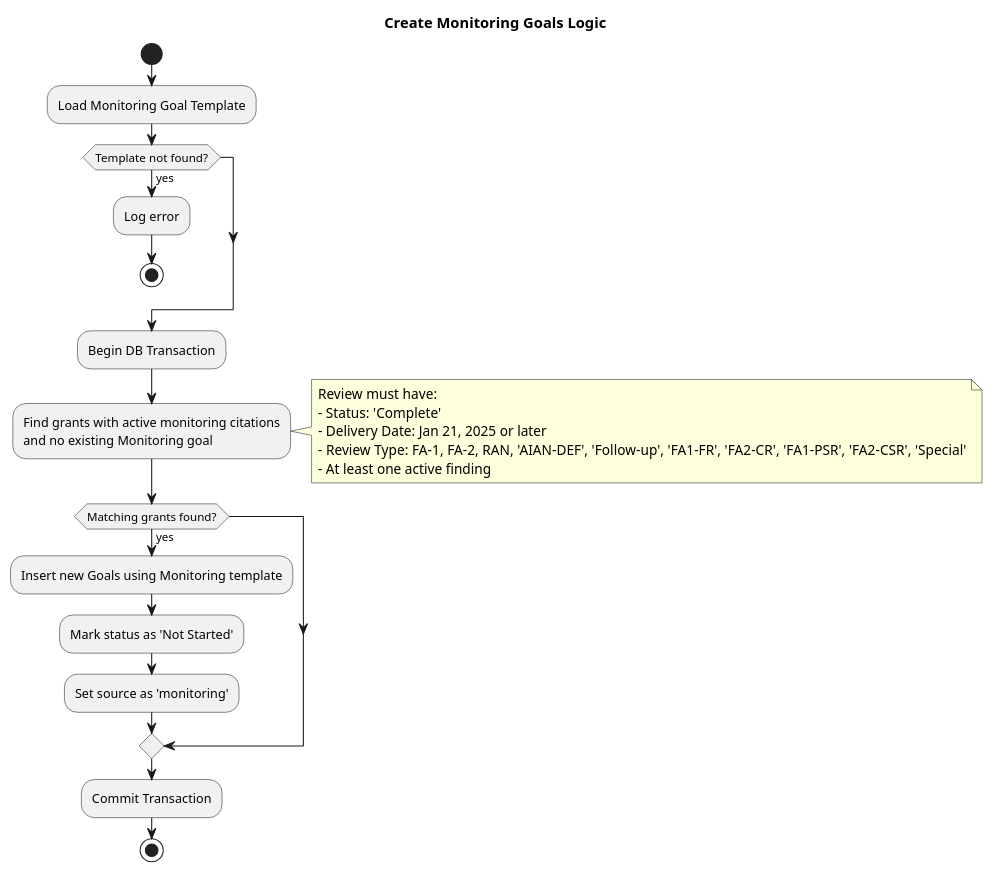
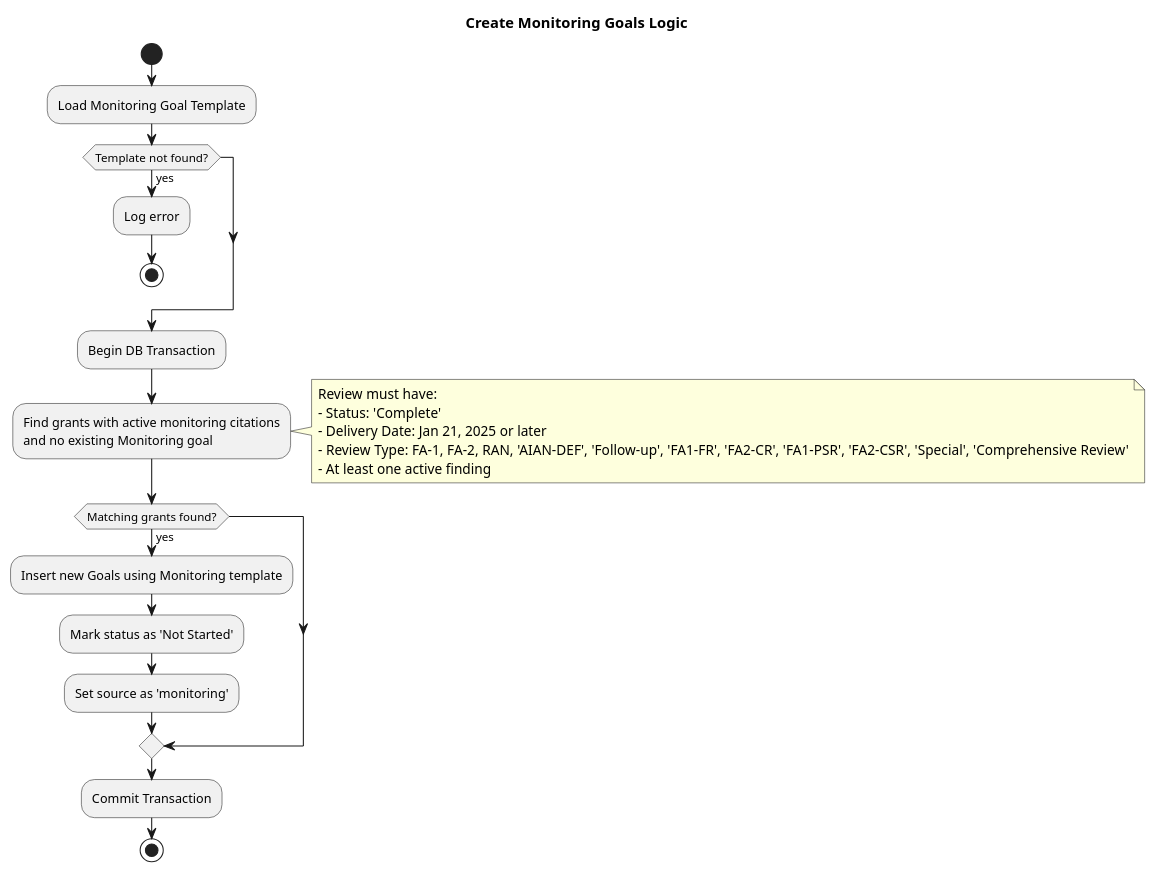
Before and after one commit to HHS/Head-Start-TTADP: the diagram in docs/flow-diagrams/monitoring-goal-create-flow.puml, drawn with PlantUML. The commit also changed 1 other file, not shown here.

Commit message:
update more docs for new reviewType

```diff
--- a/docs/flow-diagrams/monitoring-goal-create-flow.puml
+++ b/docs/flow-diagrams/monitoring-goal-create-flow.puml
@@ -1,35 +1,35 @@
 @startuml
 !pragma useVerticalIf on
 title Create Monitoring Goals Logic
 
 start
 
 :Load Monitoring Goal Template;
 
 if (Template not found?) then (yes)
   :Log error;
   stop
 endif
 
 :Begin DB Transaction;
 
 :Find grants with active monitoring citations\nand no existing Monitoring goal;
 
 note right
   Review must have:
   - Status: 'Complete'
   - Delivery Date: Jan 21, 2025 or later
-  - Review Type: FA-1, FA-2, RAN, 'AIAN-DEF', 'Follow-up', 'FA1-FR', 'FA2-CR', 'FA1-PSR', 'FA2-CSR', 'Special'
+  - Review Type: FA-1, FA-2, RAN, 'AIAN-DEF', 'Follow-up', 'FA1-FR', 'FA2-CR', 'FA1-PSR', 'FA2-CSR', 'Special', 'Comprehensive Review'
   - At least one active finding
 end note
 
 if (Matching grants found?) then (yes)
   :Insert new Goals using Monitoring template;
   :Mark status as 'Not Started';
   :Set source as 'monitoring';
 endif
 
 :Commit Transaction;
 
 stop
 @enduml
```
